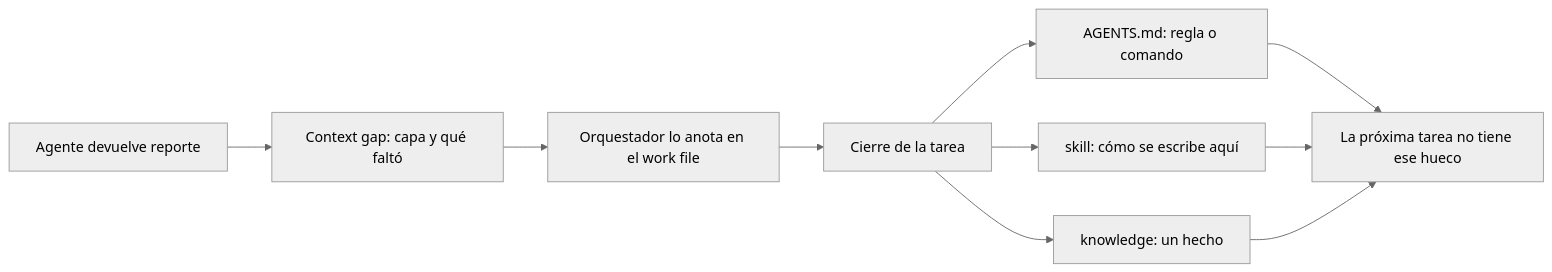
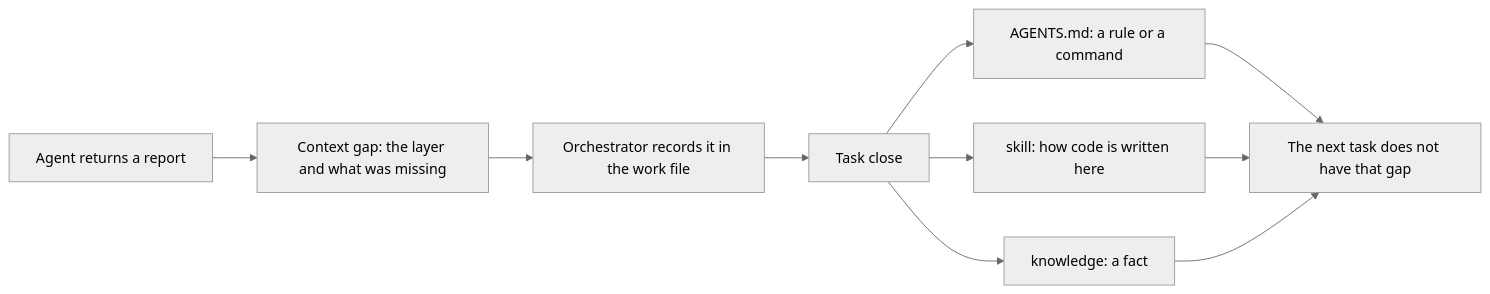
One commit to AbdielFco/why-harness changed the diagram in docs/concepts/feedback-loop.md. Above: the diagram before and after it, drawn with Mermaid (neutral theme). The commit also changed other lines of this file and 55 other files, not shown here.

````diff
--- a/docs/concepts/feedback-loop.md
+++ b/docs/concepts/feedback-loop.md
@@ -23,12 +25,12 @@
 ```mermaid
 flowchart LR
-  agent["Agente devuelve reporte"] --> gap["Context gap: capa y qué faltó"]
-  gap --> workFile["Orquestador lo anota en el work file"]
-  workFile --> closeTask["Cierre de la tarea"]
-  closeTask --> agentsMd["AGENTS.md: regla o comando"]
-  closeTask --> skill["skill: cómo se escribe aquí"]
-  closeTask --> kb["knowledge: un hecho"]
-  agentsMd --> next["La próxima tarea no tiene ese hueco"]
+  agent["Agent returns a report"] --> gap["Context gap: the layer and what was missing"]
+  gap --> workFile["Orchestrator records it in the work file"]
+  workFile --> closeTask["Task close"]
+  closeTask --> agentsMd["AGENTS.md: a rule or a command"]
+  closeTask --> skill["skill: how code is written here"]
+  closeTask --> kb["knowledge: a fact"]
+  agentsMd --> next["The next task does not have that gap"]
   skill --> next
   kb --> next
 ```
````
